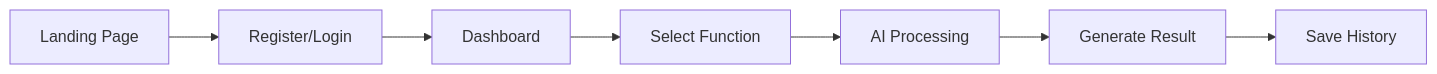
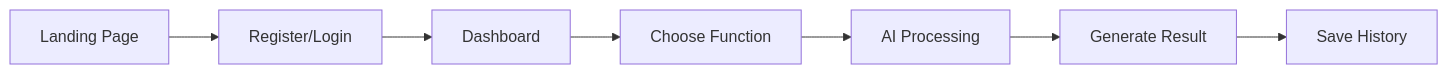
Before and after one commit to aadeshkhamkar/KrishiMitra: the second of 3 diagrams in README.md, drawn with Mermaid. The commit also changed other lines of this file, not shown here.

````diff
--- a/README.md
+++ b/README.md
@@ -215,17 +215,17 @@
 ```mermaid
 flowchart LR
 
 A[Landing Page]
 
 -->B[Register/Login]
 
 -->C[Dashboard]
 
--->D[Select Function]
+-->D[Choose Function]
 
 -->E[AI Processing]
 
 -->F[Generate Result]
 
 -->G[Save History]
 ```
````
